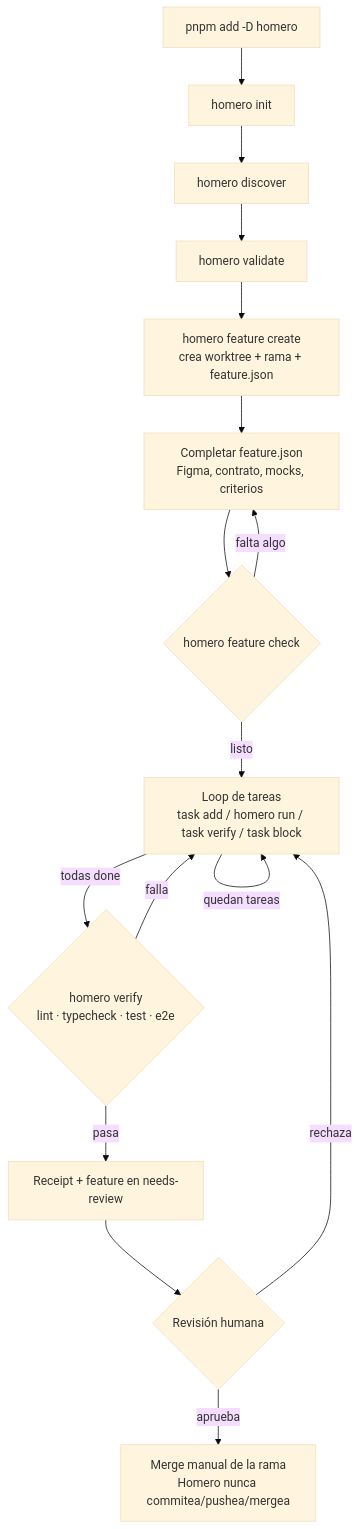
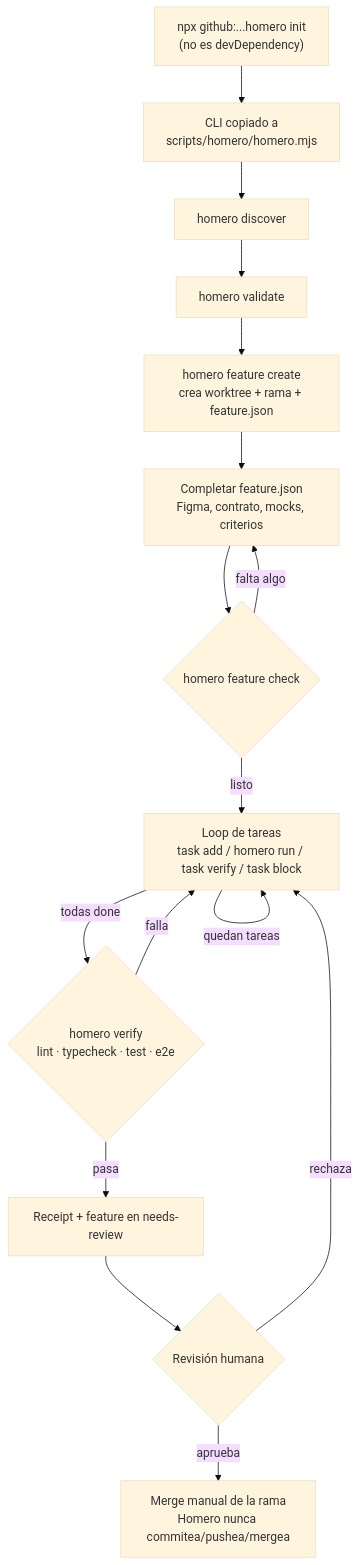
The first of 3 diagrams in README.md (DanielRamosValenzuela/homero), drawn with Mermaid (base theme) before and after one commit. The commit also changed other lines of this file and 14 other files, not shown here.

First line of the commit message:
Refactor Homero CLI usage and documentation

````diff
--- a/README.md
+++ b/README.md
@@ -15,18 +15,18 @@
 ```mermaid
 flowchart TD
-    A["pnpm add -D homero"] --> B["homero init"]
+    A["npx github:...homero init<br/>(no es devDependency)"] --> B["CLI copiado a<br/>scripts/homero/homero.mjs"]
     B --> C["homero discover"]
     C --> D["homero validate"]
     D --> E["homero feature create<br/>crea worktree + rama + feature.json"]
     E --> F["Completar feature.json<br/>Figma, contrato, mocks, criterios"]
     F --> G{"homero feature check"}
     G -- "falta algo" --> F
     G -- "listo" --> H["Loop de tareas<br/>task add / homero run / task verify / task block"]
     H -- "quedan tareas" --> H
     H -- "todas done" --> I{"homero verify<br/>lint · typecheck · test · e2e"}
     I -- "falla" --> H
     I -- "pasa" --> J["Receipt + feature en needs-review"]
     J --> K{"Revisión humana"}
     K -- "rechaza" --> H
     K -- "aprueba" --> L["Merge manual de la rama<br/>Homero nunca commitea/pushea/mergea"]
 ```
````
